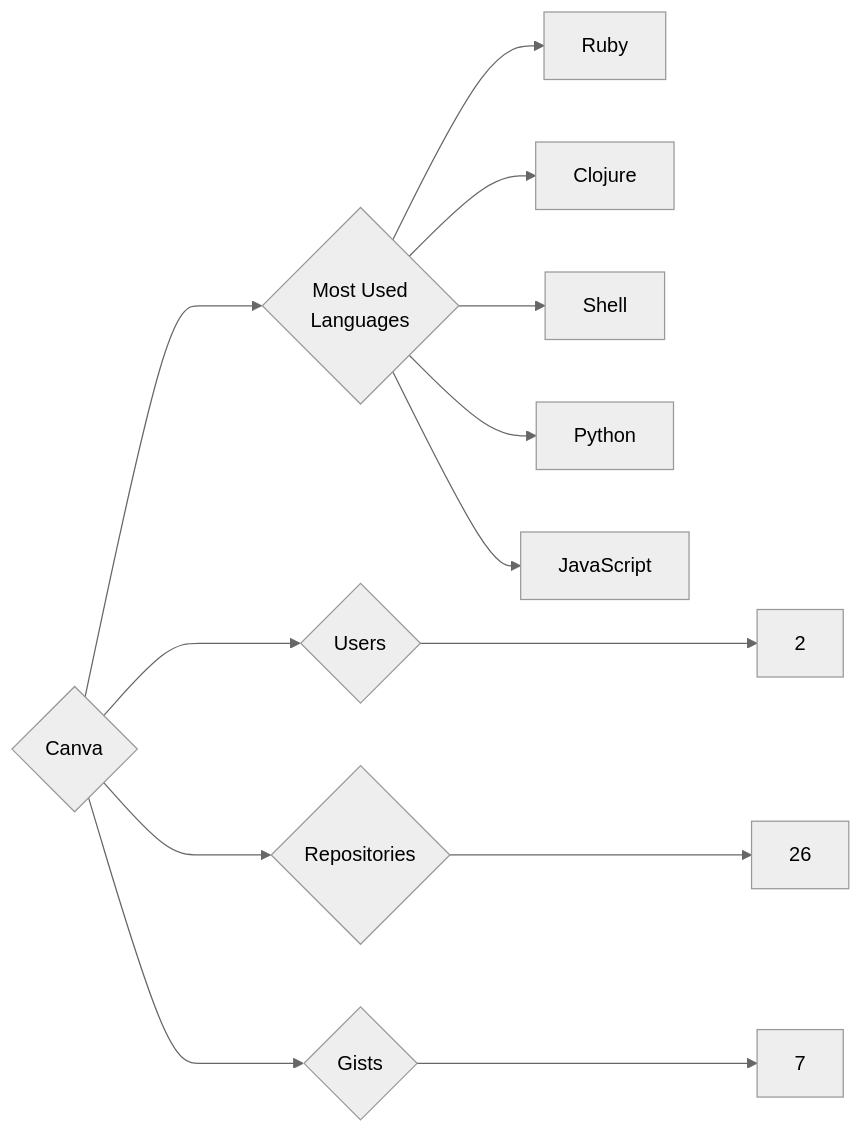
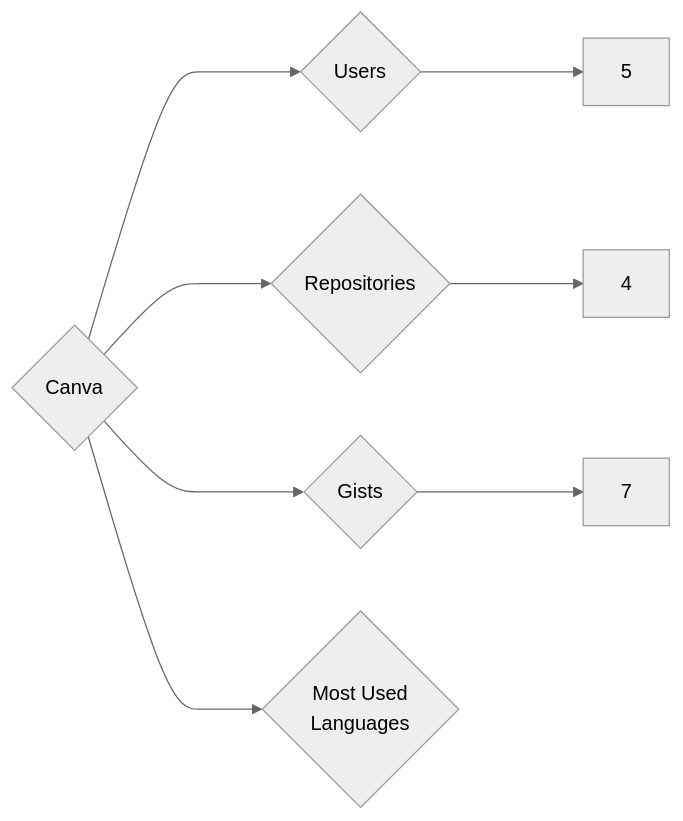
Before and after one commit to trickest/insiders: the diagram in targets/Canva/README.md, drawn with Mermaid (neutral theme). The commit also changed 1167 other files, not shown here.

````diff
--- a/targets/Canva/README.md
+++ b/targets/Canva/README.md
@@ -3,13 +3,8 @@
 ```mermaid
 graph LR
 COMPANY_NAME{Canva}
-COMPANY_NAME ---> U{Users} ---> UN[2]
-COMPANY_NAME ---> R{Repositories} ---> RN[26]
+COMPANY_NAME ---> U{Users} ---> UN[5]
+COMPANY_NAME ---> R{Repositories} ---> RN[4]
 COMPANY_NAME ---> G{Gists} ---> GN[7]
 COMPANY_NAME ---> ML{Most Used<br>Languages}
-ML --> Ruby[Ruby]
-ML --> Clojure[Clojure]
-ML --> Shell[Shell]
-ML --> Python[Python]
-ML --> JavaScript[JavaScript]
 ```
````
